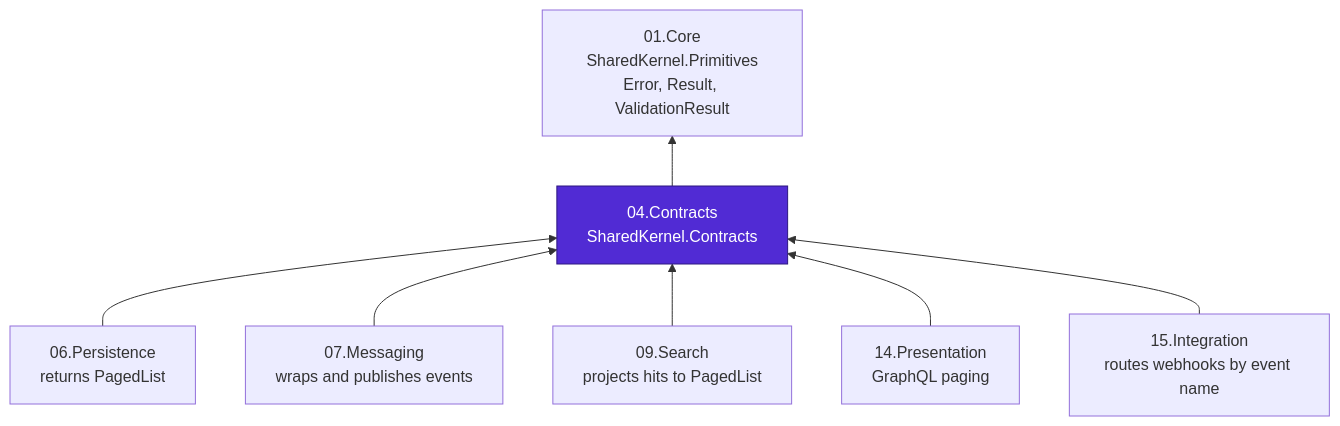
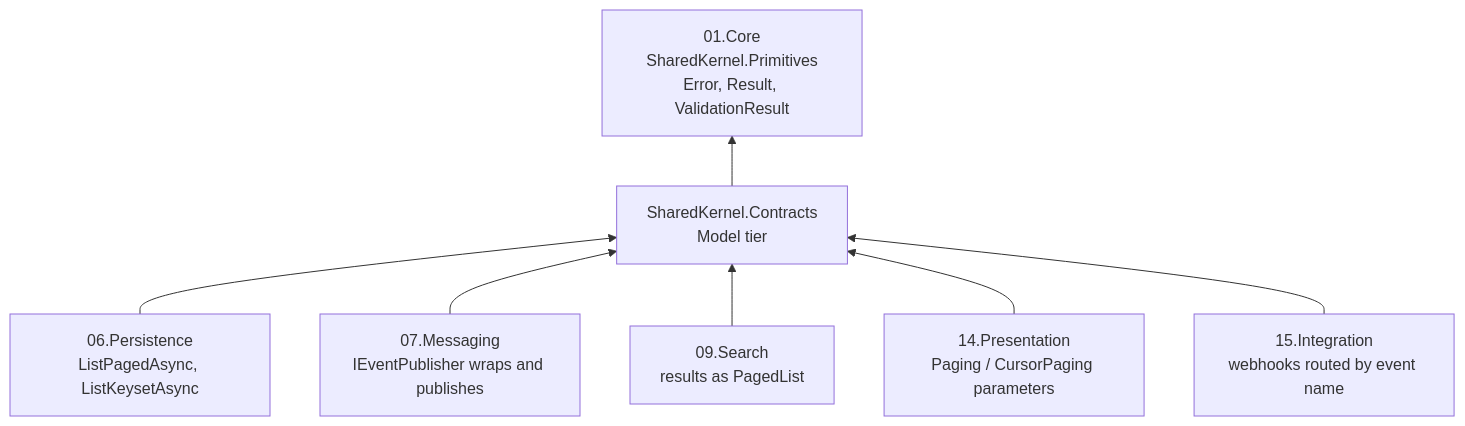
The diagram in 04.Contracts/README.md (Gresta-Vertex-Labs/platform-shared-kernel), drawn with Mermaid before and after one commit. The commit also changed other lines of this file and 639 other files, not shown here.

````diff
--- a/04.Contracts/README.md
+++ b/04.Contracts/README.md
@@ -43,20 +45,16 @@
 ```mermaid
 flowchart BT
     Primitives["01.Core<br/>SharedKernel.Primitives<br/>Error, Result, ValidationResult"]
-    Contracts["04.Contracts<br/>SharedKernel.Contracts"]
-
-    Persistence["06.Persistence<br/>returns PagedList"]
-    Messaging["07.Messaging<br/>wraps and publishes events"]
-    Search["09.Search<br/>projects hits to PagedList"]
-    Presentation["14.Presentation<br/>GraphQL paging"]
-    Integration["15.Integration<br/>routes webhooks by event name"]
-
-    style Contracts fill:#512BD4,color:#fff,stroke:#2d1780
-
+    Contracts["SharedKernel.Contracts<br/>Model tier"]
+    Persistence["06.Persistence<br/>ListPagedAsync, ListKeysetAsync"]
+    Messaging["07.Messaging<br/>IEventPublisher wraps and publishes"]
+    Search["09.Search<br/>results as PagedList"]
+    Presentation["14.Presentation<br/>Paging / CursorPaging parameters"]
+    Integration["15.Integration<br/>webhooks routed by event name"]
     Contracts --> Primitives
     Persistence --> Contracts
     Messaging --> Contracts
     Search --> Contracts
     Presentation --> Contracts
     Integration --> Contracts
 ```
````
